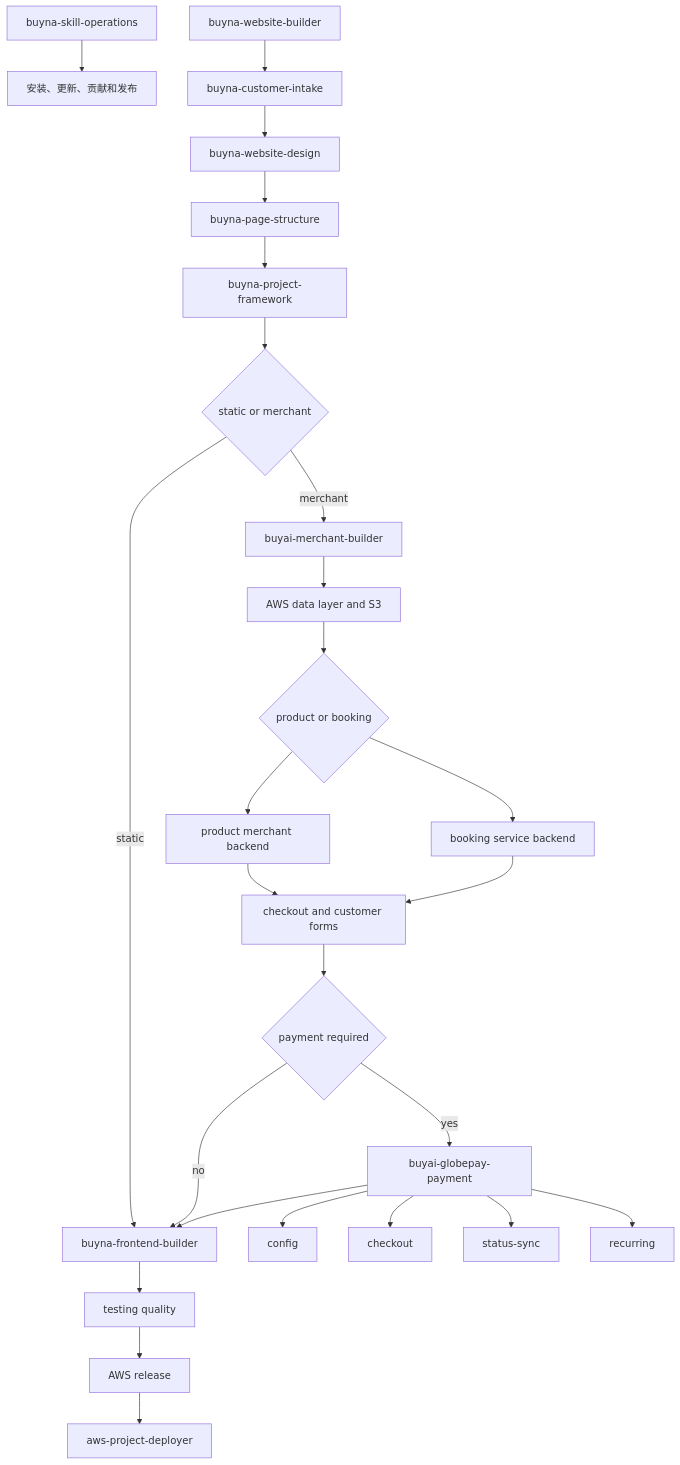
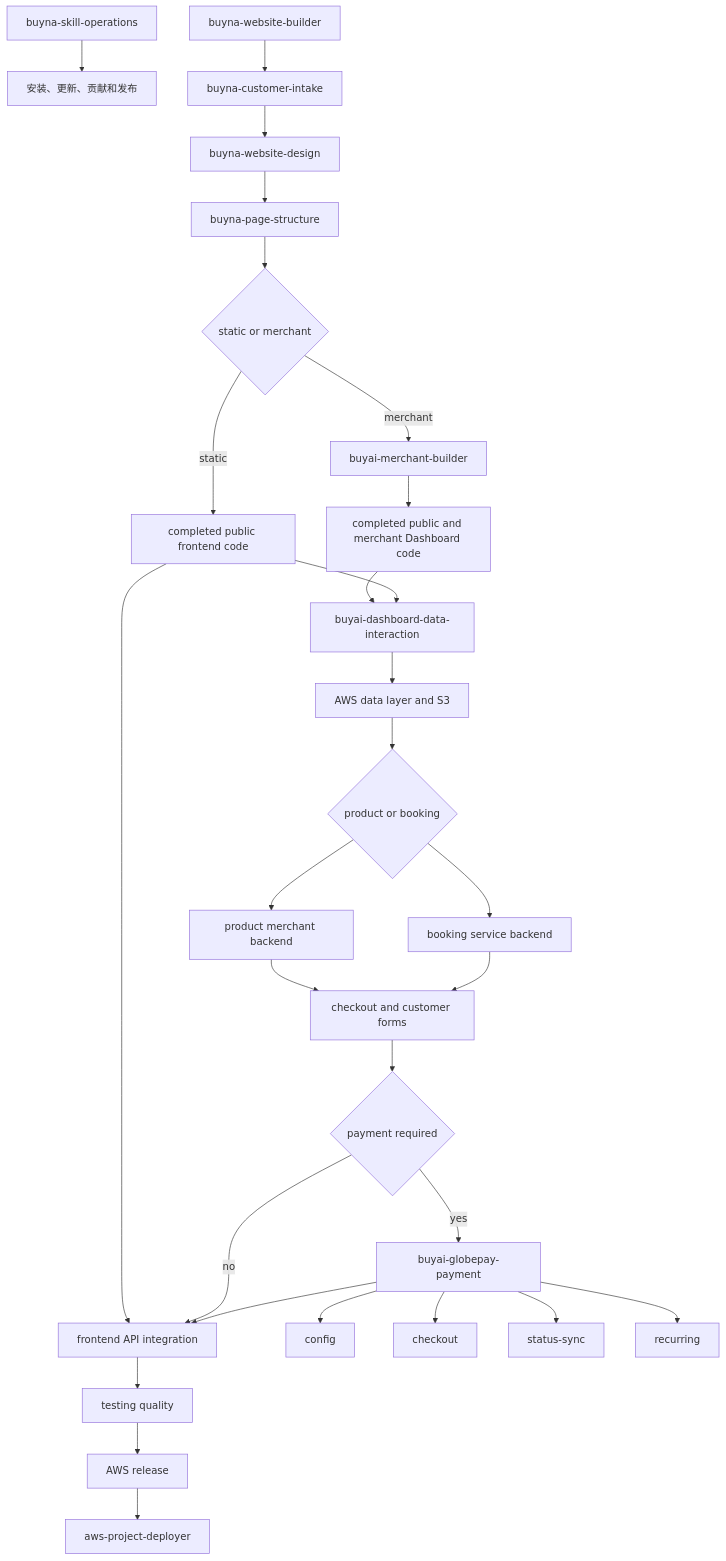
The diagram in docs/OPERATIONS_MANUAL.md (Kaku-shiko/buyna-agent-skills), drawn with Mermaid before and after one commit. The commit also changed 55 other files, not shown here.

````diff
--- a/docs/OPERATIONS_MANUAL.md
+++ b/docs/OPERATIONS_MANUAL.md
@@ -50,28 +50,31 @@
 ```mermaid
 flowchart TD
     O[buyna-skill-operations] --> I[安装、更新、贡献和发布]
     B[buyna-website-builder] --> C[buyna-customer-intake]
     C --> D[buyna-website-design]
     D --> P[buyna-page-structure]
-    P --> K[buyna-project-framework]
-    K --> X{static or merchant}
-    X -->|static| F[buyna-frontend-builder]
+    P --> X{static or merchant}
+    X -->|static| FPS[completed public frontend code]
     X -->|merchant| M[buyai-merchant-builder]
-    M --> DB[AWS data layer and S3]
+    M --> FPM[completed public and merchant Dashboard code]
+    FPM --> DI[buyai-dashboard-data-interaction]
+    FPS --> DI
+    DI --> DB[AWS data layer and S3]
     DB --> Q{product or booking}
     Q --> MP[product merchant backend]
     Q --> MB[booking service backend]
     MP --> UX[checkout and customer forms]
     MB --> UX
     UX --> Y{payment required}
     Y -->|yes| G[buyai-globepay-payment]
+    FPS --> F[frontend API integration]
     Y -->|no| F
     G --> F
     F --> T[testing quality]
     T --> R[AWS release]
     R --> A[aws-project-deployer]
     G --> GC[config]
     G --> GO[checkout]
     G --> GS[status-sync]
     G --> GR[recurring]
 ```
````
